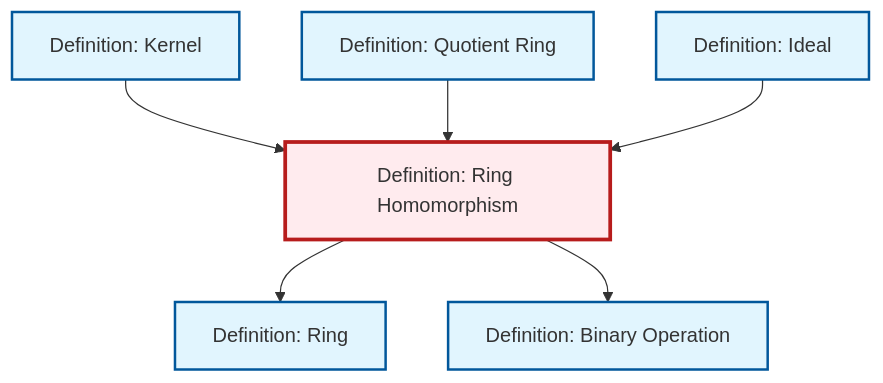
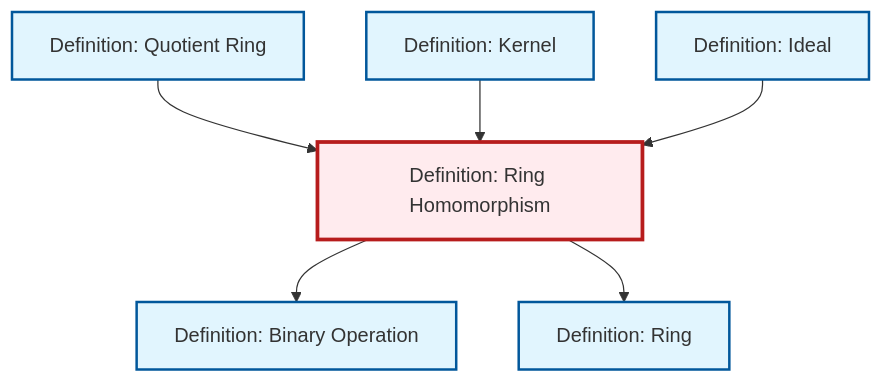
One commit to RK0429/ModernMath changed the diagram in content/en/algebra/def-ring-homomorphism.qmd. Above: the diagram before and after it, drawn with Mermaid. The commit also changed other lines of this file and 634 other files, not shown here.

````diff
--- a/content/en/algebra/def-ring-homomorphism.qmd
+++ b/content/en/algebra/def-ring-homomorphism.qmd
@@ -86,26 +86,26 @@
 ```{mermaid}
 %%| fig-cap: "Local dependency graph"
 graph TD
     classDef definition fill:#e1f5fe,stroke:#01579b,stroke-width:2px
     classDef theorem fill:#f3e5f5,stroke:#4a148c,stroke-width:2px
     classDef axiom fill:#fff3e0,stroke:#e65100,stroke-width:2px
     classDef example fill:#e8f5e9,stroke:#1b5e20,stroke-width:2px
     classDef current fill:#ffebee,stroke:#b71c1c,stroke-width:3px
+    def-quotient-ring["Definition: Quotient Ring"]:::definition
     def-binary-operation["Definition: Binary Operation"]:::definition
+    def-ring-homomorphism["Definition: Ring Homomorphism"]:::definition
+    def-ring["Definition: Ring"]:::definition
     def-kernel["Definition: Kernel"]:::definition
-    def-ring-homomorphism["Definition: Ring Homomorphism"]:::definition
     def-ideal["Definition: Ideal"]:::definition
-    def-quotient-ring["Definition: Quotient Ring"]:::definition
-    def-ring["Definition: Ring"]:::definition
+    def-quotient-ring --> def-ring-homomorphism
+    def-ring-homomorphism --> def-binary-operation
     def-kernel --> def-ring-homomorphism
     def-ring-homomorphism --> def-ring
-    def-ring-homomorphism --> def-binary-operation
-    def-quotient-ring --> def-ring-homomorphism
     def-ideal --> def-ring-homomorphism
     class def-ring-homomorphism current
+    click def-quotient-ring "def-quotient-ring.html" "Go to Quotient Ring definition"
     click def-binary-operation "def-binary-operation.html" "Go to Binary Operation definition"
+    click def-ring "def-ring.html" "Go to Ring definition"
     click def-kernel "def-kernel.html" "Go to Kernel definition"
     click def-ideal "def-ideal.html" "Go to Ideal definition"
-    click def-quotient-ring "def-quotient-ring.html" "Go to Quotient Ring definition"
-    click def-ring "def-ring.html" "Go to Ring definition"
 ```
````
